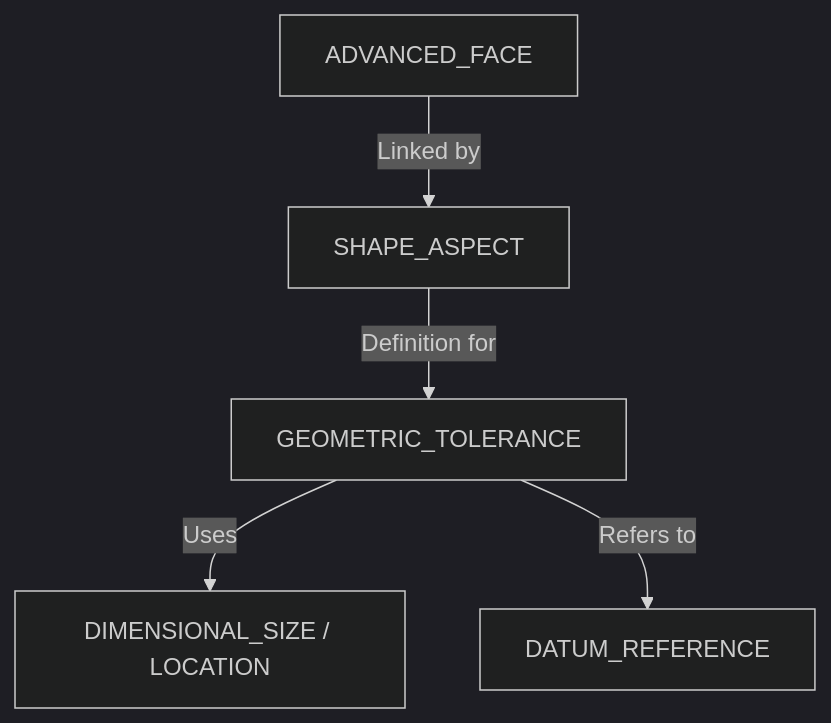
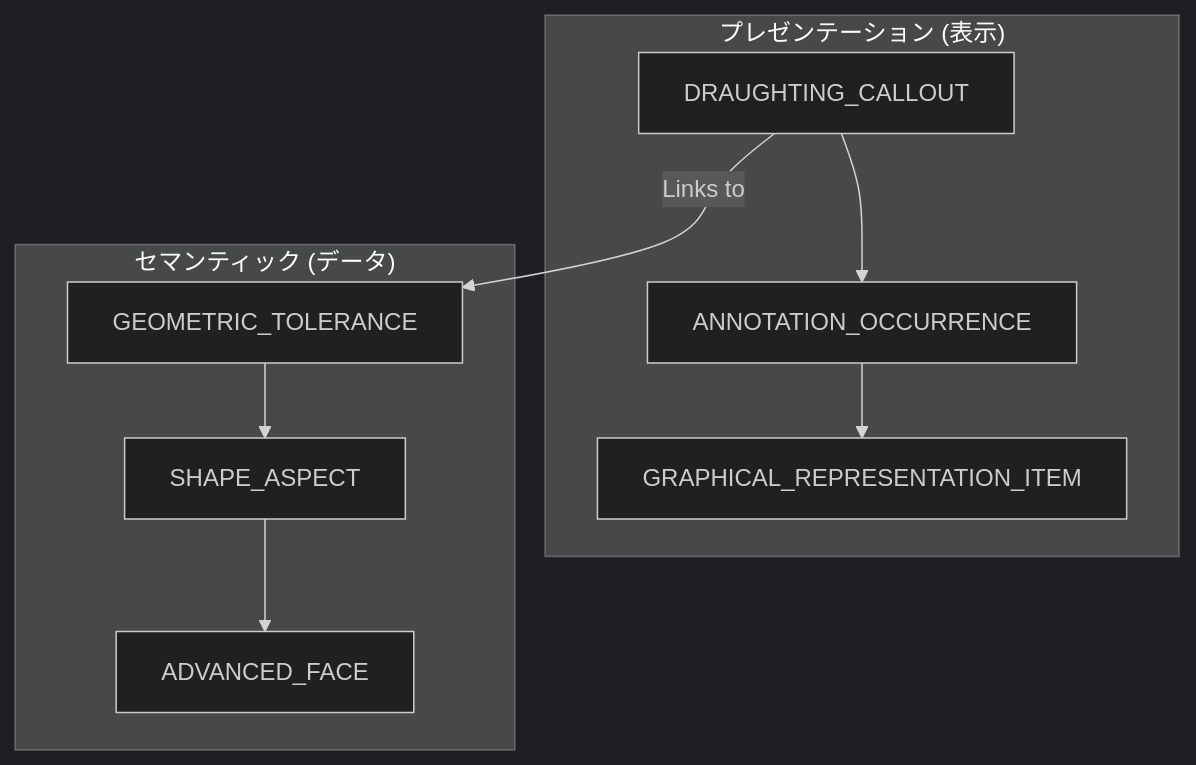
One commit to takuto-NA/step-standards-explained changed the diagram in comparison/pmi-support.md. Above: the diagram before and after it, drawn with Mermaid (dark theme). The commit also changed other lines of this file and 8 other files, not shown here.

````diff
--- a/comparison/pmi-support.md
+++ b/comparison/pmi-support.md
@@ -27,7 +27,14 @@
 ```mermaid
 graph TD
-    Face[ADVANCED_FACE] -- "Linked by" --> SA[SHAPE_ASPECT]
-    SA -- "Definition for" --> GT[GEOMETRIC_TOLERANCE]
-    GT -- "Uses" --> DS[DIMENSIONAL_SIZE / LOCATION]
-    GT -- "Refers to" --> DR[DATUM_REFERENCE]
+    subgraph Presentation ["プレゼンテーション (表示)"]
+        DC[DRAUGHTING_CALLOUT] --> ANN_REP[ANNOTATION_OCCURRENCE]
+        ANN_REP --> GRAPH_ITEM[GRAPHICAL_REPRESENTATION_ITEM]
+    end
+
+    subgraph Semantic ["セマンティック (データ)"]
+        GT[GEOMETRIC_TOLERANCE] --> SA[SHAPE_ASPECT]
+        SA --> AF[ADVANCED_FACE]
+    end
+
+    DC -- "Links to" --> GT
 ```
````
